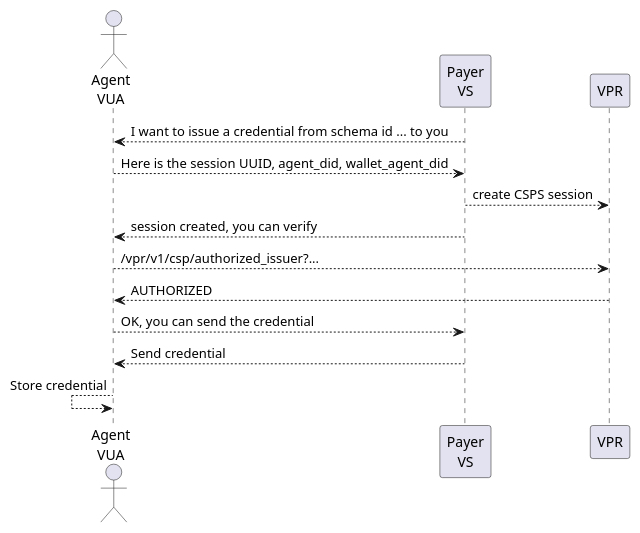
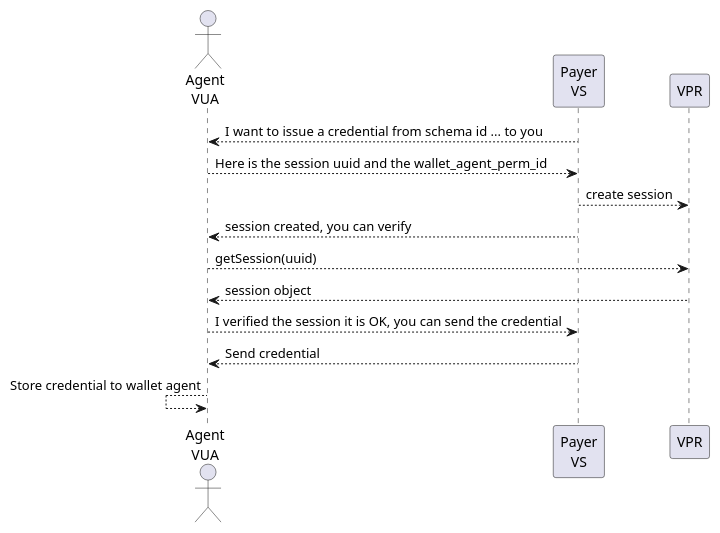
Before and after one commit to verana-labs/verifiable-trust-vpr-spec: the eighth of 13 diagrams in spec.md, drawn with PlantUML. The commit also changed other lines of this file and 1 other file, not shown here.

Commit message:
simplified session management, fixed trust deposit incoherences

````diff
--- a/spec.md
+++ b/spec.md
@@ -2577,18 +2586,18 @@
 ```plantuml
 scale max 800 width
 actor "Agent\nVUA" as Issued 
 participant "Payer\nVS" as Issuer 
 participant "VPR" as vpr 
 
 
 Issued <-- Issuer: I want to issue a credential from schema id ... to you
-Issued --> Issuer: Here is the session UUID, agent_did, wallet_agent_did
-Issuer --> vpr: create CSPS session
+Issued --> Issuer: Here is the session uuid and the wallet_agent_perm_id
+Issuer --> vpr: create session
 Issued <-- Issuer: session created, you can verify
-Issued --> vpr: /vpr/v1/csp/authorized_issuer?...
-Issued <-- vpr: AUTHORIZED
-Issued --> Issuer: OK, you can send the credential
+Issued --> vpr: getSession(uuid)
+Issued <-- vpr: session object
+Issued --> Issuer: I verified the session it is OK, you can send the credential
 Issued <-- Issuer: Send credential
-Issued <-- Issued: Store credential
+Issued <-- Issued: Store credential to wallet agent
 
 ```
````
